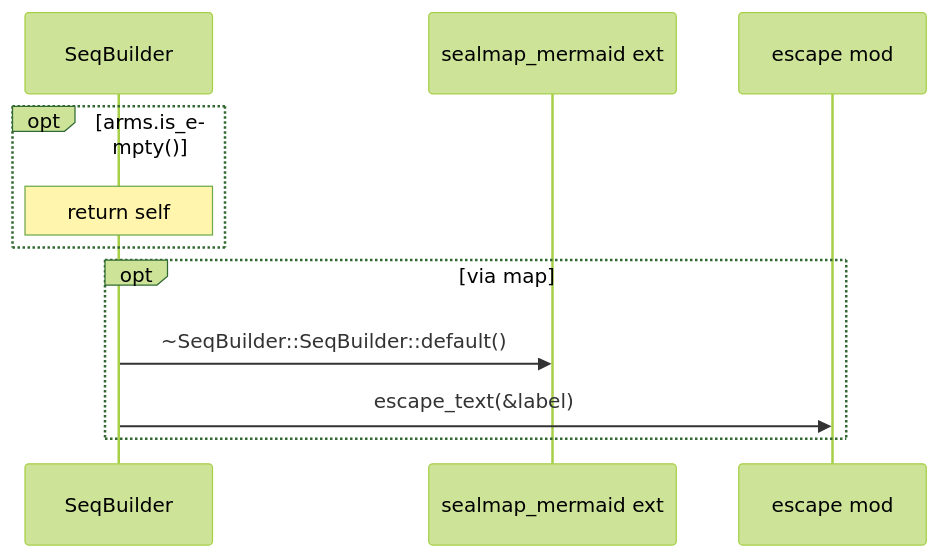
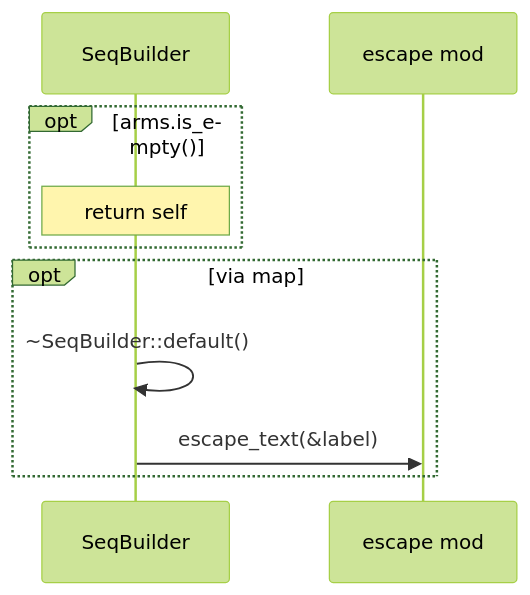
The seventh of 13 diagrams in docs/sealmap/crates/sealmap-mermaid/src/sequence.rs.md (DreamLab-AI/codemaid), drawn with Mermaid (forest theme) before and after one commit. The commit also changed other lines of this file and 29 other files, not shown here.

````diff
--- a/docs/sealmap/crates/sealmap-mermaid/src/sequence.rs.md
+++ b/docs/sealmap/crates/sealmap-mermaid/src/sequence.rs.md
@@ -143,13 +142,12 @@
 ```mermaid
 sequenceDiagram
   participant sealmap_mermaid__sequence___tSeqBuilder as SeqBuilder
-  participant _sealmap_mermaid as sealmap_mermaid ext
   participant sealmap_mermaid__escape as escape mod
   opt arms.is_empty()
     Note over sealmap_mermaid__sequence___tSeqBuilder: return self
   end
   opt via map
-    sealmap_mermaid__sequence___tSeqBuilder->>_sealmap_mermaid: ~SeqBuilder::SeqBuilder::default()
+    sealmap_mermaid__sequence___tSeqBuilder->>sealmap_mermaid__sequence___tSeqBuilder: ~SeqBuilder::default()
     sealmap_mermaid__sequence___tSeqBuilder->>sealmap_mermaid__escape: escape_text(&label)
   end
 ```
````
